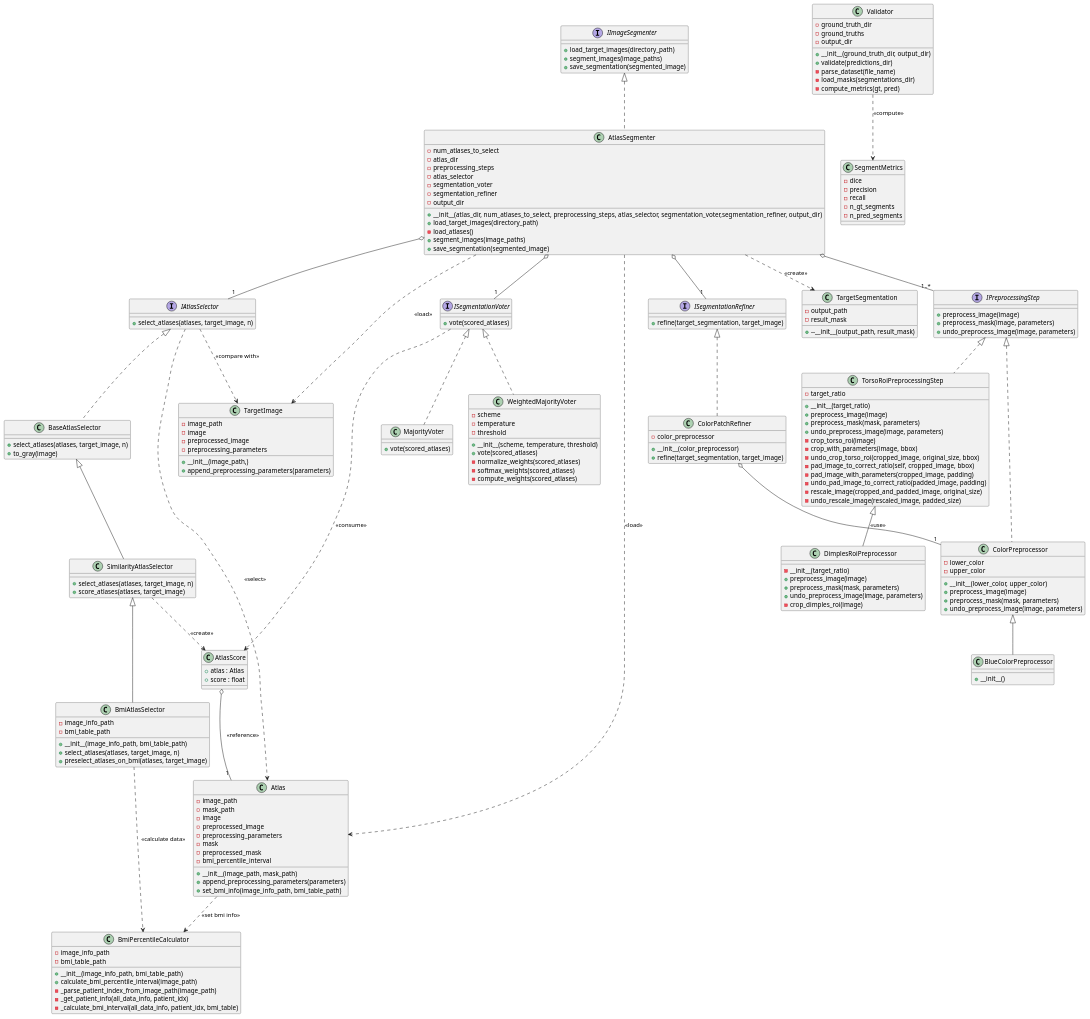
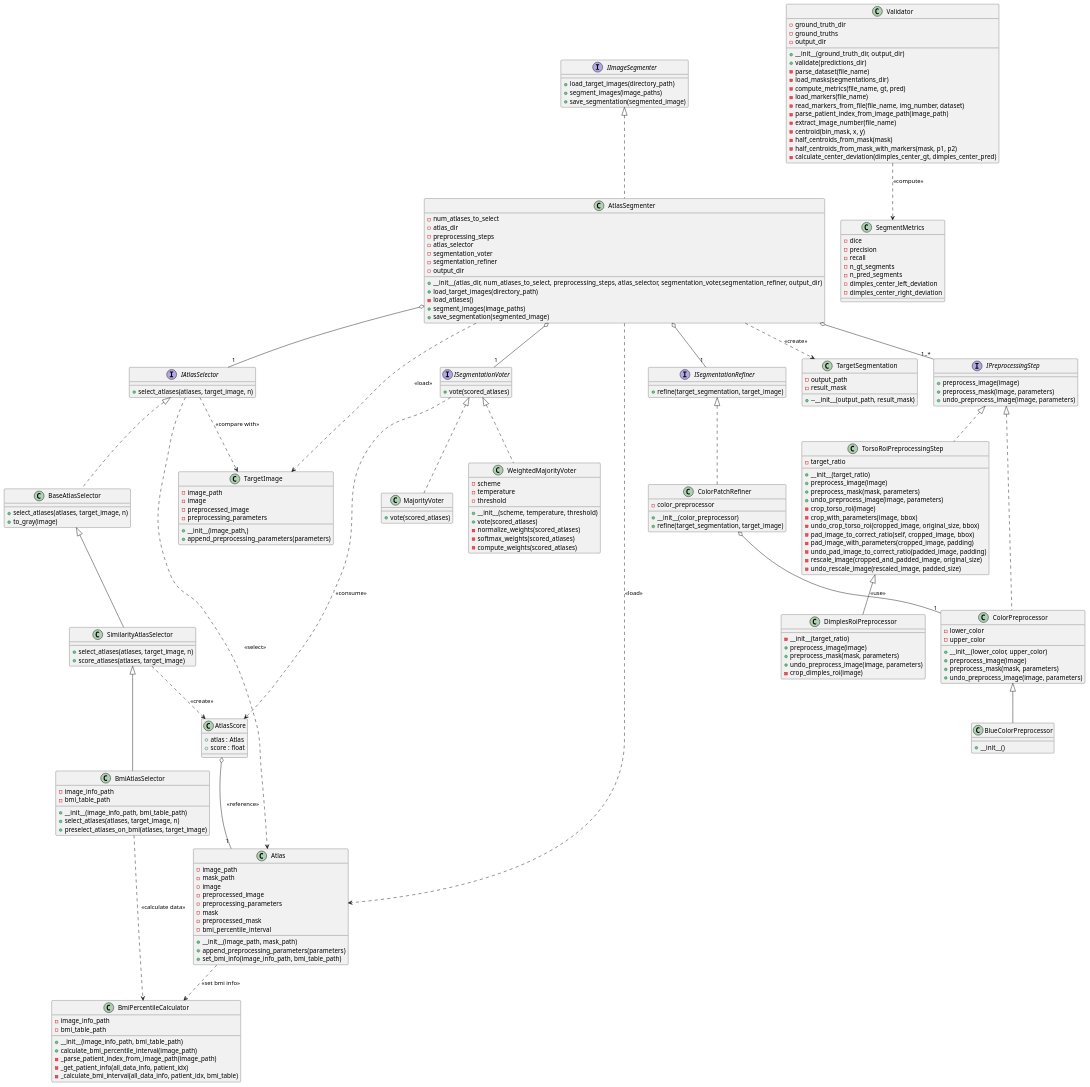
Before and after one commit to P4u14/diplomarbeit: the diagram in class-diagram.puml, drawn with PlantUML. The commit also changed 3 other files, not shown here.

Commit message:
add dimples center for validation

```diff
--- a/class-diagram.puml
+++ b/class-diagram.puml
@@ -168,7 +168,15 @@
     + validate(predictions_dir)
     - parse_dataset(file_name)
     - load_masks(segmentations_dir)
-    - compute_metrics(gt, pred)
+    - compute_metrics(file_name, gt, pred)
+    - load_markers(file_name)
+    - read_markers_from_file(file_name, img_number, dataset)
+    - parse_patient_index_from_image_path(image_path)
+    - extract_image_number(file_name)
+    - centroid(bin_mask, x, y)
+    - half_centroids_from_mask(mask)
+    - half_centroids_from_mask_with_markers(mask, p1, p2)
+    - calculate_center_deviation(dimples_center_gt, dimples_center_pred)
 }
 
 class SegmentMetrics {
@@ -177,6 +185,8 @@
     - recall
     - n_gt_segments
     - n_pred_segments
+    - dimples_center_left_deviation
+    - dimples_center_right_deviation
 }
 
 IImageSegmenter <|.. AtlasSegmenter
```
